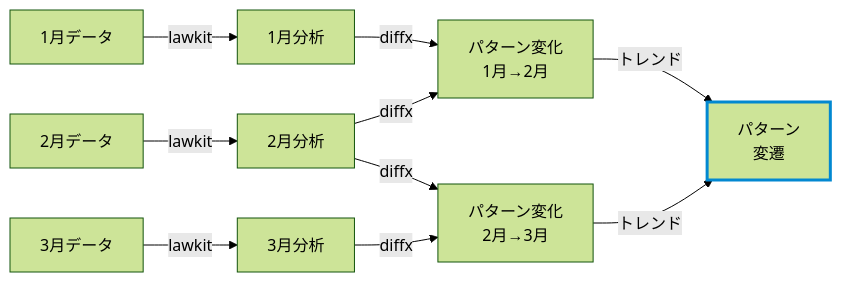
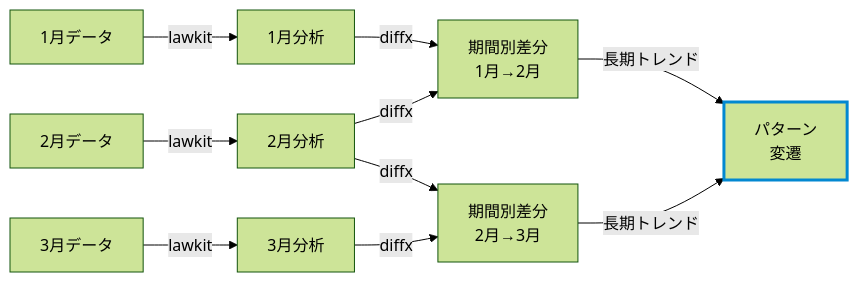
Before and after one commit to kako-jun/lawkit: the third of 3 diagrams in README_ja.md, drawn with Mermaid (forest theme). The commit also changed other lines of this file and 2 other files, not shown here.

````diff
--- a/README_ja.md
+++ b/README_ja.md
@@ -369,16 +369,16 @@
 ```mermaid
 graph LR
     A[1月データ] -->|lawkit| B[1月分析]
     C[2月データ] -->|lawkit| D[2月分析]
     E[3月データ] -->|lawkit| F[3月分析]
     
-    B -->|diffx| G[パターン変化<br/>1月→2月]
+    B -->|diffx| G[期間別差分<br/>1月→2月]
     D -->|diffx| G
-    D -->|diffx| H[パターン変化<br/>2月→3月]
+    D -->|diffx| H[期間別差分<br/>2月→3月]
     F -->|diffx| H
     
-    G -->|トレンド| I[パターン<br/>変遷]
-    H -->|トレンド| I
+    G -->|長期トレンド| I[パターン<br/>変遷]
+    H -->|長期トレンド| I
     
     style I stroke:#0288d1,stroke-width:3px
 ```
````
